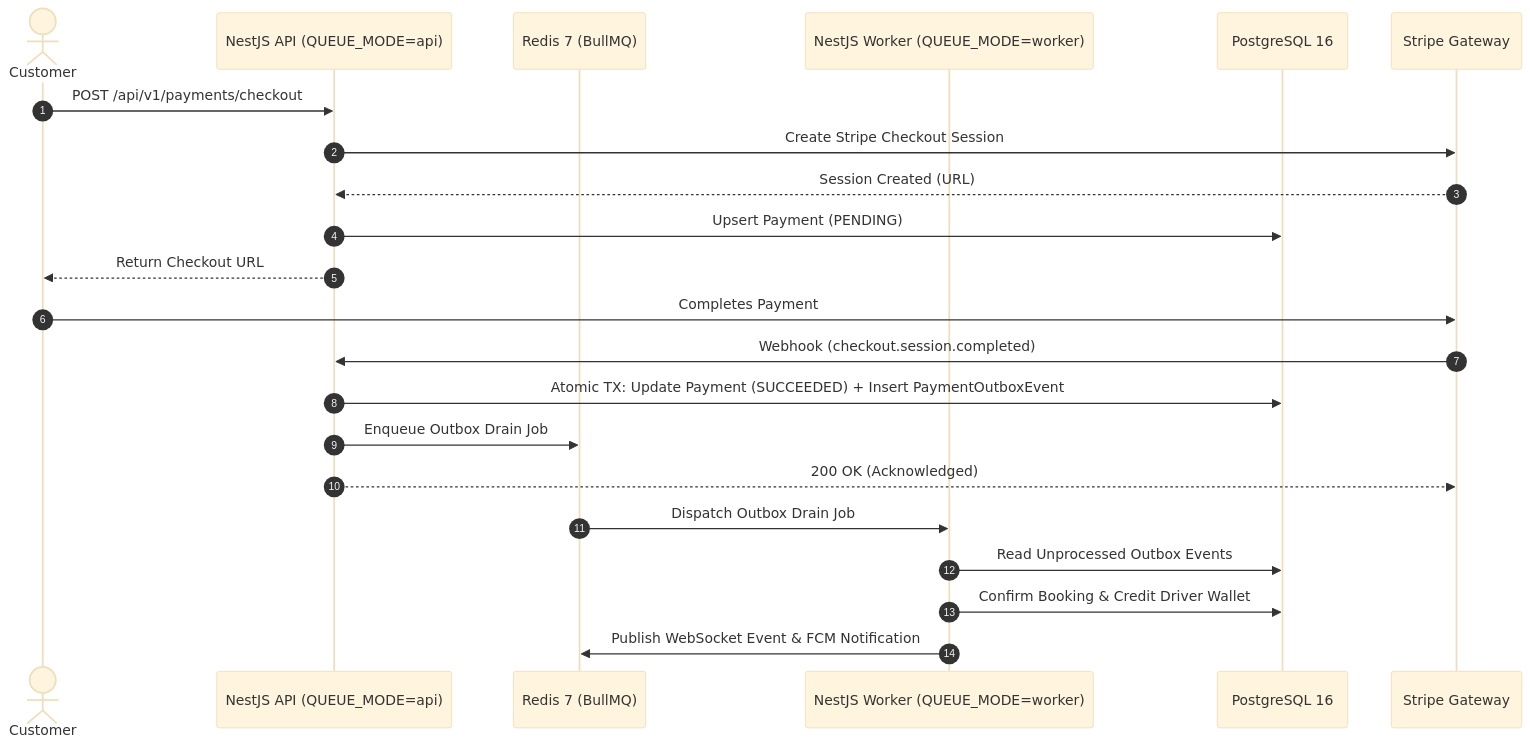
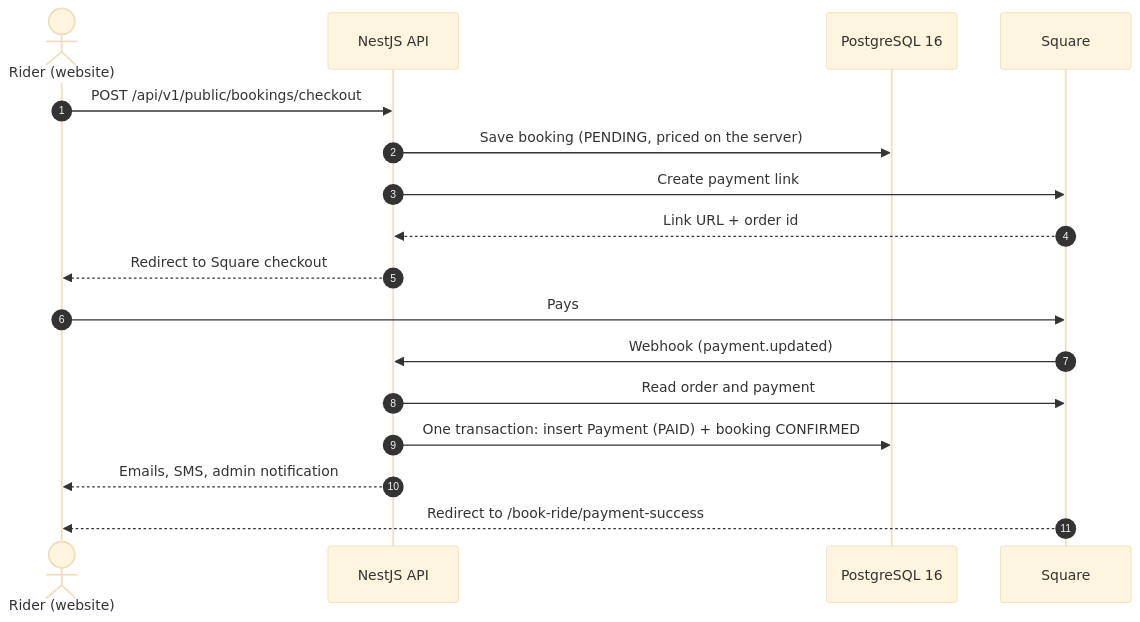
The second of 2 diagrams in docs/architecture/system-overview.md (bariq49/usa-limousine-corporation), drawn with Mermaid (base theme) before and after one commit. The commit also changed other lines of this file and 111 other files, not shown here.

````diff
--- a/docs/architecture/system-overview.md
+++ b/docs/architecture/system-overview.md
@@ -116,25 +116,20 @@
 ```mermaid
 sequenceDiagram
     autonumber
-    actor Customer as Customer
-    participant API as NestJS API (QUEUE_MODE=api)
-    participant Redis as Redis 7 (BullMQ)
-    participant Worker as NestJS Worker (QUEUE_MODE=worker)
+    actor Rider as Rider (website)
+    participant API as NestJS API
     participant DB as PostgreSQL 16
-    participant Stripe as Stripe Gateway
+    participant Square as Square
 
-    Customer->>API: POST /api/v1/payments/checkout
-    API->>Stripe: Create Stripe Checkout Session
-    Stripe-->>API: Session Created (URL)
-    API->>DB: Upsert Payment (PENDING)
-    API-->>Customer: Return Checkout URL
-    Customer->>Stripe: Completes Payment
-    Stripe->>API: Webhook (checkout.session.completed)
-    API->>DB: Atomic TX: Update Payment (SUCCEEDED) + Insert PaymentOutboxEvent
-    API->>Redis: Enqueue Outbox Drain Job
-    API-->>Stripe: 200 OK (Acknowledged)
-    Redis->>Worker: Dispatch Outbox Drain Job
-    Worker->>DB: Read Unprocessed Outbox Events
-    Worker->>DB: Confirm Booking & Credit Driver Wallet
-    Worker->>Redis: Publish WebSocket Event & FCM Notification
+    Rider->>API: POST /api/v1/public/bookings/checkout
+    API->>DB: Save booking (PENDING, priced on the server)
+    API->>Square: Create payment link
+    Square-->>API: Link URL + order id
+    API-->>Rider: Redirect to Square checkout
+    Rider->>Square: Pays
+    Square->>API: Webhook (payment.updated)
+    API->>Square: Read order and payment
+    API->>DB: One transaction: insert Payment (PAID) + booking CONFIRMED
+    API-->>Rider: Emails, SMS, admin notification
+    Square-->>Rider: Redirect to /book-ride/payment-success
 ```
````
